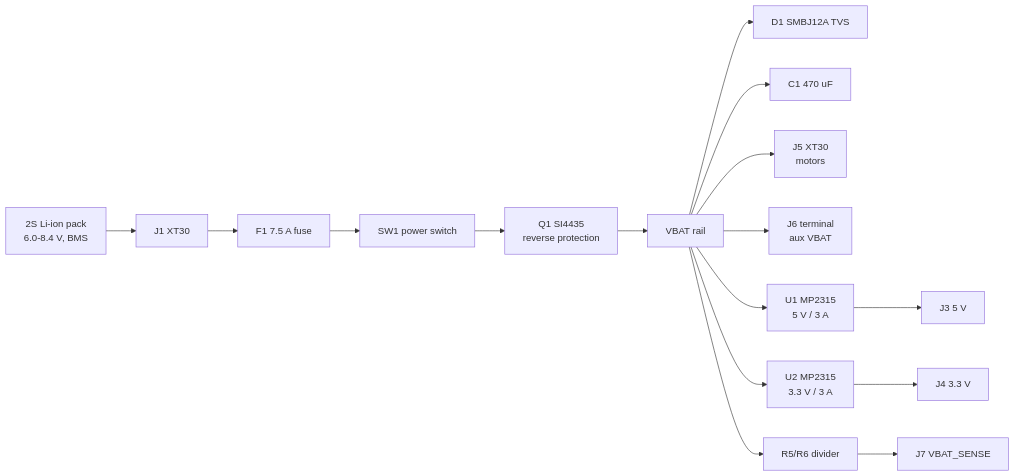
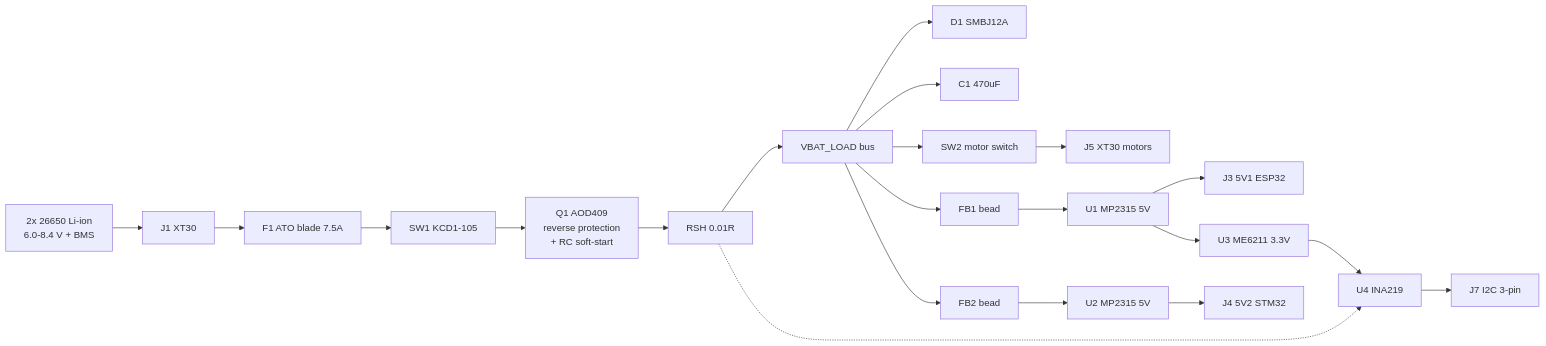
One commit to typedefai/car-buddy changed the diagram in hardware/power-board/schematic.md. Above: the diagram before and after it, drawn with Mermaid. The commit also changed other lines of this file and 12 other files, not shown here.

First line of the commit message:
hardware: power board v2 schematic rebuild + decisions doc

````diff
--- a/hardware/power-board/schematic.md
+++ b/hardware/power-board/schematic.md
@@ -5,18 +9,17 @@
 ```mermaid
 flowchart LR
-  BAT["2S Li-ion pack<br/>6.0-8.4 V, BMS"] --> J1["J1 XT30"]
-  J1 --> F1["F1 7.5 A fuse"]
-  F1 --> SW1["SW1 power switch"]
-  SW1 --> Q1["Q1 SI4435<br/>reverse protection"]
-  Q1 --> VBAT["VBAT rail"]
-  VBAT --> D1["D1 SMBJ12A TVS"]
-  VBAT --> C1["C1 470 uF"]
-  VBAT --> J5["J5 XT30<br/>motors"]
-  VBAT --> J6["J6 terminal<br/>aux VBAT"]
-  VBAT --> U1["U1 MP2315<br/>5 V / 3 A"]
-  VBAT --> U2["U2 MP2315<br/>3.3 V / 3 A"]
-  VBAT --> DIV["R5/R6 divider"]
-  U1 --> J3["J3 5 V"]
-  U2 --> J4["J4 3.3 V"]
-  DIV --> J7["J7 VBAT_SENSE"]
+  BAT["2x 26650 Li-ion<br/>6.0-8.4 V + BMS"] --> J1["J1 XT30"]
+  J1 --> F1["F1 ATO blade 7.5A"]
+  F1 --> SW1["SW1 KCD1-105"]
+  SW1 --> Q1["Q1 AOD409<br/>reverse protection<br/>+ RC soft-start"]
+  Q1 --> RSH["RSH 0.01R"]
+  RSH --> VBAT["VBAT_LOAD bus"]
+  VBAT --> D1["D1 SMBJ12A"]
+  VBAT --> C1["C1 470uF"]
+  VBAT --> SW2["SW2 motor switch"]
+  SW2 --> J5["J5 XT30 motors"]
+  VBAT --> FB1["FB1 bead"] --> U1["U1 MP2315 5V"] --> J3["J3 5V1 ESP32"]
+  VBAT --> FB2["FB2 bead"] --> U2["U2 MP2315 5V"] --> J4["J4 5V2 STM32"]
+  RSH -.-> U4["U4 INA219"] --> J7["J7 I2C 3-pin"]
+  U1 --> U3["U3 ME6211 3.3V"] --> U4
 ```
````
